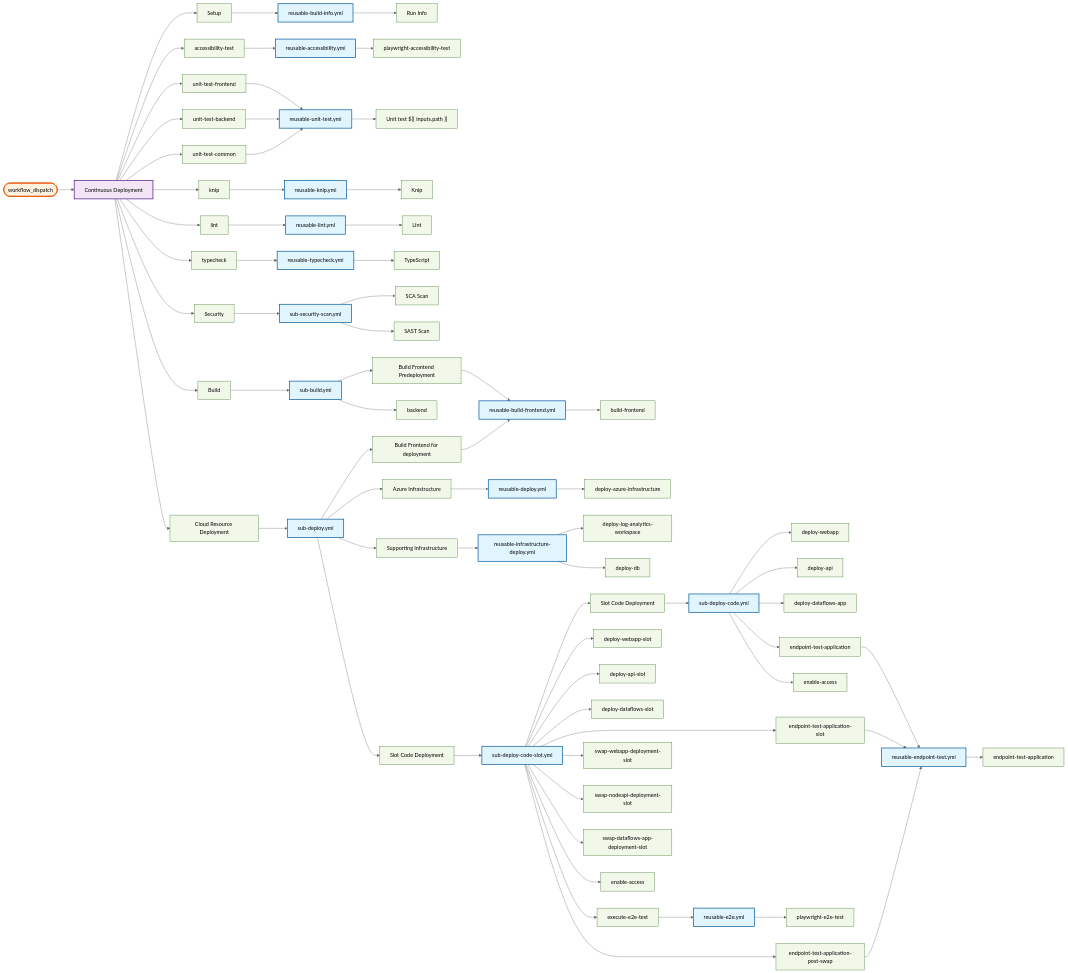
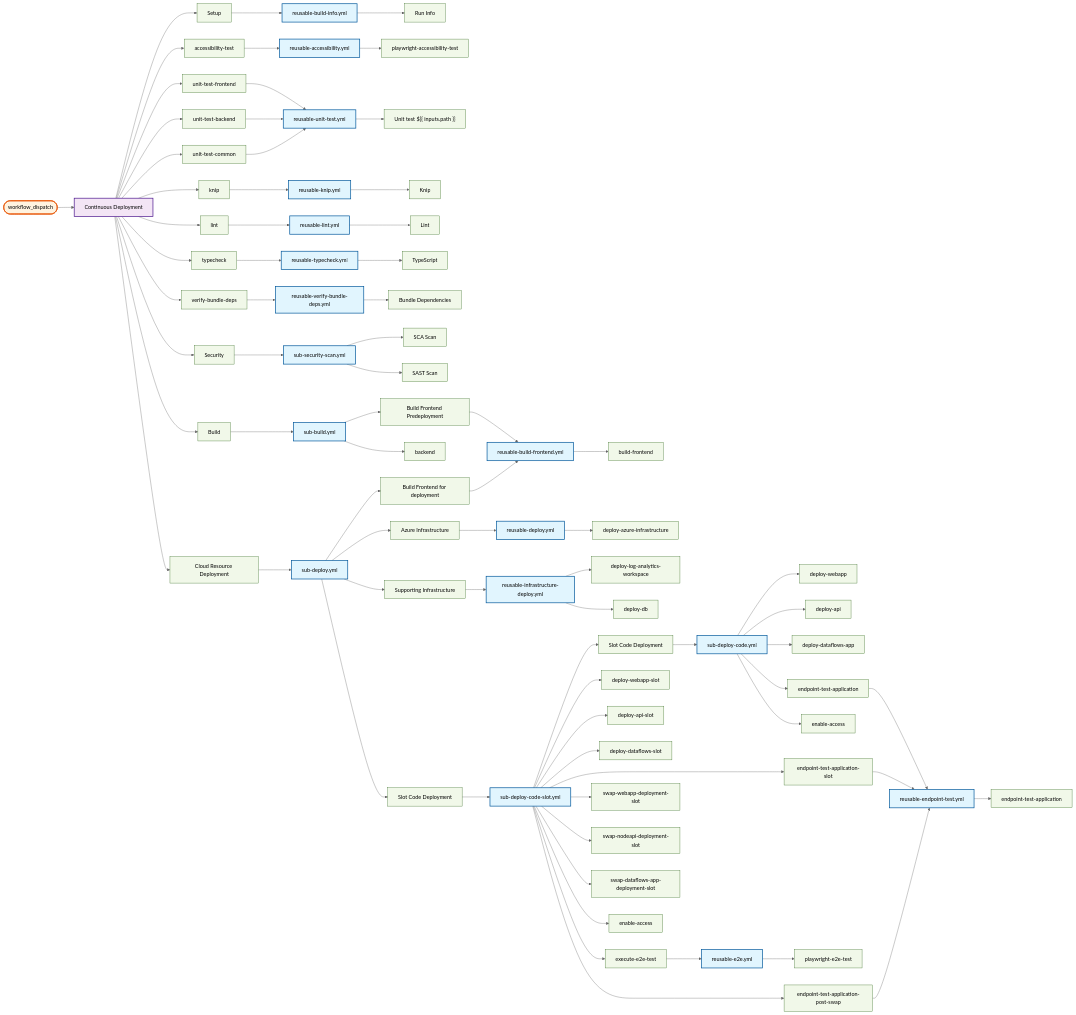
Before and after one commit to US-Trustee-Program/Bankruptcy-Oversight-Support-Systems: diagram 14 of 26 in docs/operations/workflow-diagram.md, drawn with Mermaid (neutral theme). The commit also changed other lines of this file and 5 other files, not shown here.

First line of the commit message:
Run bundle-dependency check as a CD job

```diff
--- a/docs/operations/workflow-diagram.md
+++ b/docs/operations/workflow-diagram.md
@@ -687,6 +696,9 @@
     continuous_deployment_yml_typecheck["typecheck"]
     reusable_typecheck_yml["reusable-typecheck.yml"]
     reusable_typecheck_yml_typecheck["TypeScript"]
+    continuous_deployment_yml_verify_bundle_deps["verify-bundle-deps"]
+    reusable_verify_bundle_deps_yml["reusable-verify-bundle-deps.yml"]
+    reusable_verify_bundle_deps_yml_verify_bundle_deps["Bundle Dependencies"]
     continuous_deployment_yml_security_scan["Security"]
     sub_security_scan_yml["sub-security-scan.yml"]
     sub_security_scan_yml_sca_scan["SCA Scan"]
@@ -754,6 +766,9 @@
     continuous_deployment_yml --> continuous_deployment_yml_typecheck
     reusable_typecheck_yml --> reusable_typecheck_yml_typecheck
     continuous_deployment_yml_typecheck --> reusable_typecheck_yml
+    continuous_deployment_yml --> continuous_deployment_yml_verify_bundle_deps
+    reusable_verify_bundle_deps_yml --> reusable_verify_bundle_deps_yml_verify_bundle_deps
+    continuous_deployment_yml_verify_bundle_deps --> reusable_verify_bundle_deps_yml
     continuous_deployment_yml --> continuous_deployment_yml_security_scan
     sub_security_scan_yml --> sub_security_scan_yml_sca_scan
     sub_security_scan_yml --> sub_security_scan_yml_sast_scan
@@ -828,6 +843,9 @@
     class continuous_deployment_yml_typecheck job
     class reusable_typecheck_yml reusable
     class reusable_typecheck_yml_typecheck job
+    class continuous_deployment_yml_verify_bundle_deps job
+    class reusable_verify_bundle_deps_yml reusable
+    class reusable_verify_bundle_deps_yml_verify_bundle_deps job
     class continuous_deployment_yml_security_scan job
     class sub_security_scan_yml reusable
     class sub_security_scan_yml_sca_scan job
```
